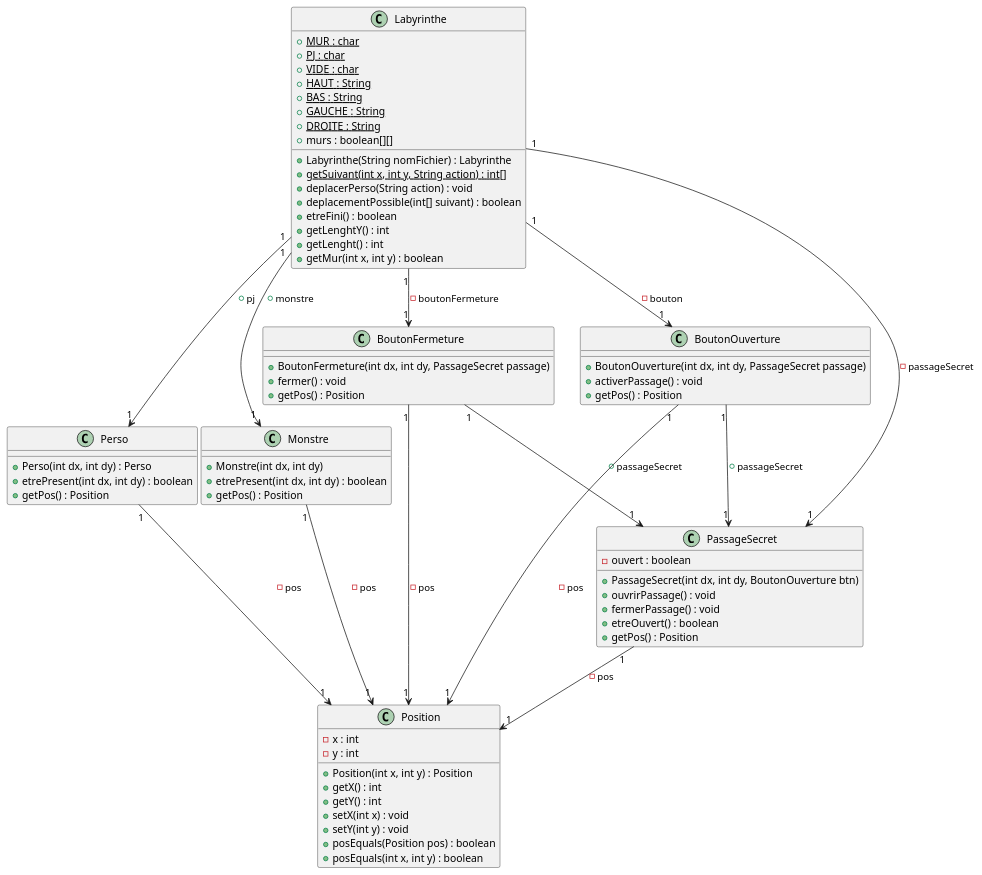
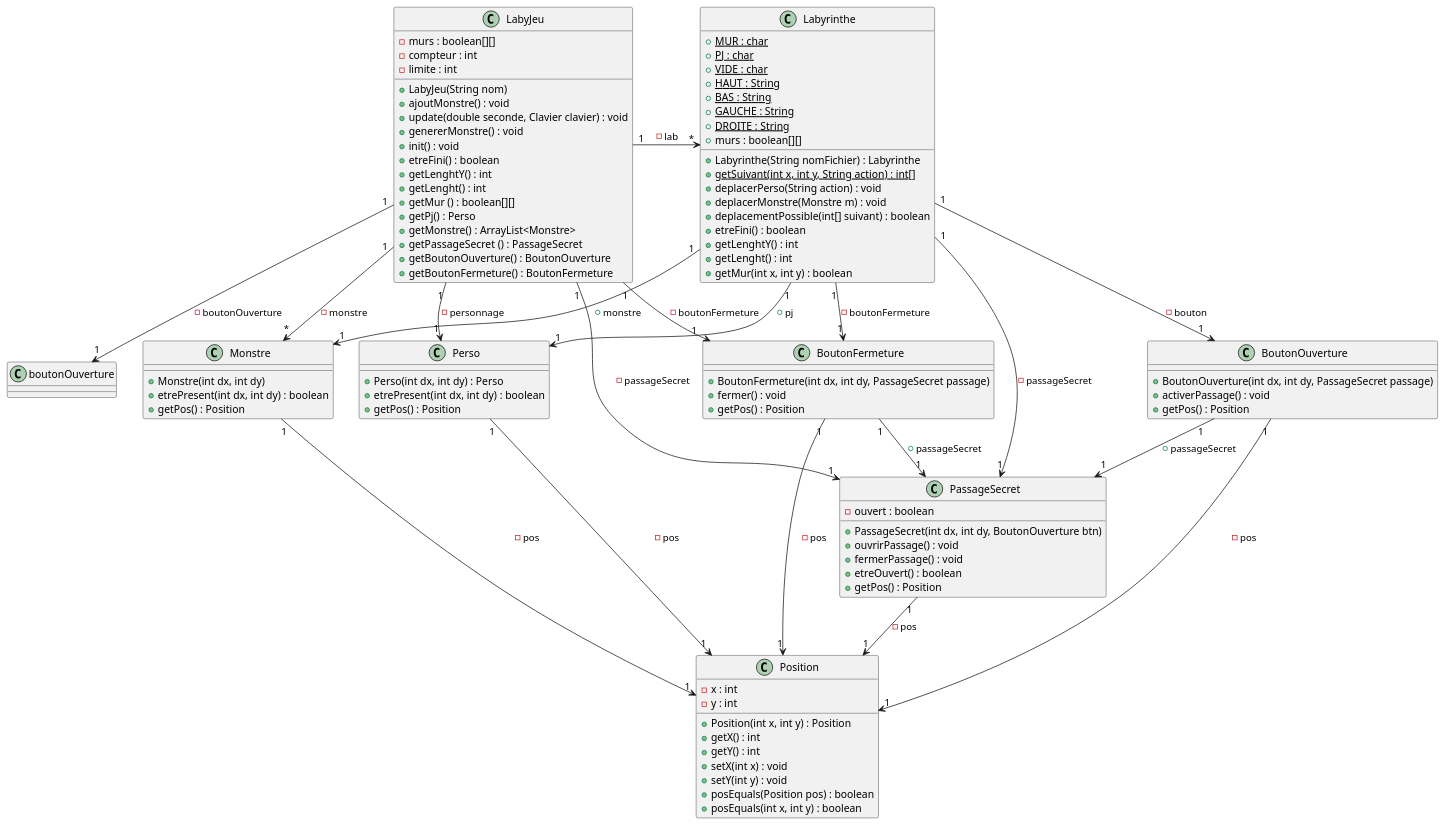
One commit to Zhi-Sheng-Trieu/2022_Zeldiablo_Doan_Oudin_Trieu_Noel changed the diagram in documents/version_3/diagClasseV3.puml. Above: the diagram before and after it, drawn with PlantUML. The commit also changed 4 other files, not shown here.

```diff
--- a/documents/version_3/diagClasseV3.puml
+++ b/documents/version_3/diagClasseV3.puml
@@ -1,85 +1,111 @@
 @startuml
 
 class Labyrinthe{
     {static} +MUR : char
     {static} +PJ : char
     {static} +VIDE : char
     {static} +HAUT : String
     {static} +BAS : String
     {static} +GAUCHE : String
     {static} +DROITE : String
     +murs : boolean[][]
 
     +Labyrinthe(String nomFichier) : Labyrinthe
     {static}+getSuivant(int x, int y, String action) : int[]
     +deplacerPerso(String action) : void
+    +deplacerMonstre(Monstre m) : void
     +deplacementPossible(int[] suivant) : boolean
     +etreFini() : boolean
     +getLenghtY() : int
     +getLenght() : int
     +getMur(int x, int y) : boolean
 
 
 }
 class Perso {
     +Perso(int dx, int dy) : Perso
     +etrePresent(int dx, int dy) : boolean
     +getPos() : Position
 }
 
 class Monstre{
     +Monstre(int dx, int dy)
     +etrePresent(int dx, int dy) : boolean
     +getPos() : Position
 }
 
 class PassageSecret {
     -ouvert : boolean
     +PassageSecret(int dx, int dy, BoutonOuverture btn)
     +ouvrirPassage() : void
     +fermerPassage() : void
     +etreOuvert() : boolean
     +getPos() : Position
 }
 
 class BoutonOuverture {
     +BoutonOuverture(int dx, int dy, PassageSecret passage)
     +activerPassage() : void
     +getPos() : Position
 }
 
 class BoutonFermeture {
     +BoutonFermeture(int dx, int dy, PassageSecret passage)
     +fermer() : void
     +getPos() : Position
 }
 
 class Position {
     -x : int
     -y : int
     +Position(int x, int y) : Position
     +getX() : int
     +getY() : int
     +setX(int x) : void
     +setY(int y) : void
     +posEquals(Position pos) : boolean
     +posEquals(int x, int y) : boolean
 }
 
 
+class LabyJeu{
+        -murs : boolean[][]
+        -compteur : int
+        -limite : int
+        +LabyJeu(String nom)
+        +ajoutMonstre() : void
+        +update(double seconde, Clavier clavier) : void
+        + genererMonstre() : void
+        +init() : void
+        +etreFini() : boolean
+        +getLenghtY() : int
+        +getLenght() : int
+        +getMur () : boolean[][]
+        +getPj() : Perso
+        +getMonstre() : ArrayList<Monstre>
+        +getPassageSecret () : PassageSecret
+        +getBoutonOuverture() : BoutonOuverture
+        +getBoutonFermeture() : BoutonFermeture
+}
 
+LabyJeu "1" -> "*" Labyrinthe : -lab
+LabyJeu "1" --> "1" boutonOuverture : -boutonOuverture
+LabyJeu "1" --> "1" PassageSecret : -passageSecret
+LabyJeu "1" --> "1" BoutonFermeture : -boutonFermeture
+LabyJeu "1" --> "1" Perso : -personnage
+LabyJeu "1" --> "*" Monstre : -monstre
 Labyrinthe "1"-->"1" Perso : +pj
 Labyrinthe "1"-->"1" Monstre : +monstre
 Labyrinthe "1"-->"1" PassageSecret : -passageSecret
 Labyrinthe "1"-->"1" BoutonOuverture : -bouton
 Labyrinthe "1"-->"1" BoutonFermeture : -boutonFermeture
 BoutonOuverture "1"-->"1" PassageSecret : +passageSecret
 BoutonFermeture "1"-->"1" PassageSecret : +passageSecret
 BoutonFermeture "1"-->"1" Position : -pos
 Perso "1"-->"1" Position : -pos
 Monstre "1"-->"1" Position : -pos
 PassageSecret "1"-->"1" Position : -pos
 BoutonOuverture "1"-->"1" Position : -pos
 
 
 @enduml
```
